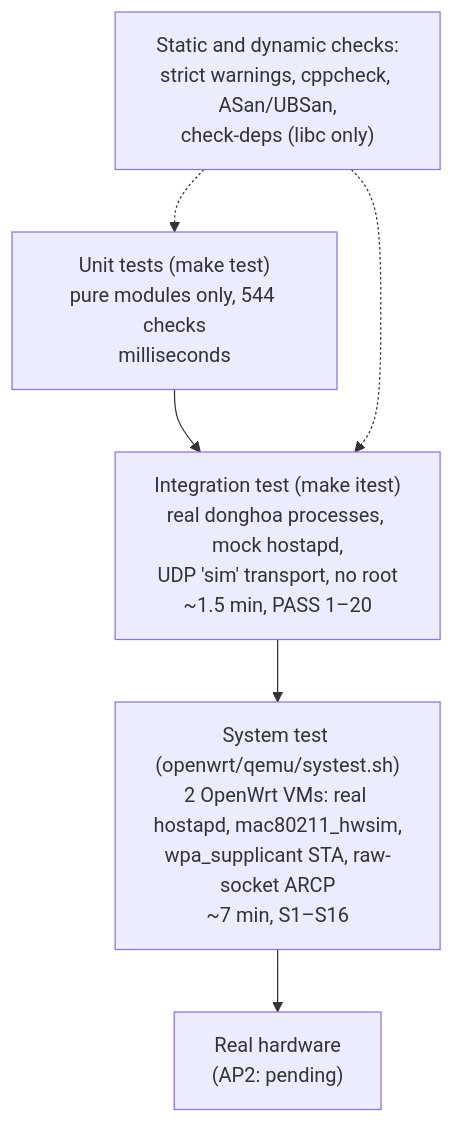
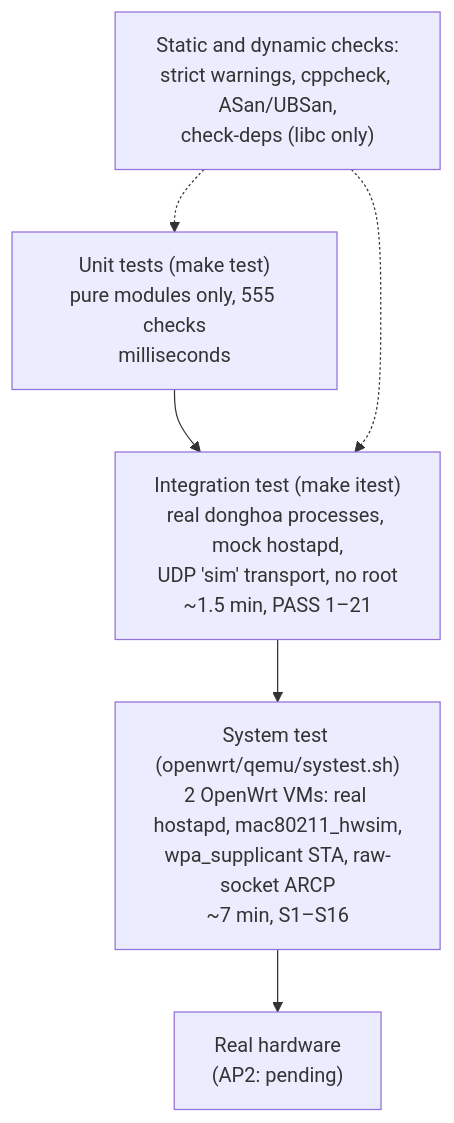
Before and after one commit to ducndc/DongHoa: the diagram in docs/features/14-verification.md, drawn with Mermaid. The commit also changed other lines of this file and 22 other files, not shown here.

````diff
--- a/docs/features/14-verification.md
+++ b/docs/features/14-verification.md
@@ -9,8 +9,8 @@
 ```mermaid
 flowchart TB
-    U["Unit tests (make test)<br/>pure modules only, 544 checks<br/>milliseconds"] --> I["Integration test (make itest)<br/>real donghoa processes, mock hostapd,<br/>UDP 'sim' transport, no root<br/>~1.5 min, PASS 1–20"]
+    U["Unit tests (make test)<br/>pure modules only, 555 checks<br/>milliseconds"] --> I["Integration test (make itest)<br/>real donghoa processes, mock hostapd,<br/>UDP 'sim' transport, no root<br/>~1.5 min, PASS 1–21"]
     I --> Q["System test (openwrt/qemu/systest.sh)<br/>2 OpenWrt VMs: real hostapd, mac80211_hwsim,<br/>wpa_supplicant STA, raw-socket ARCP<br/>~7 min, S1–S16"]
     Q --> H["Real hardware<br/>(AP2: pending)"]
     S["Static and dynamic checks:<br/>strict warnings, cppcheck, ASan/UBSan,<br/>check-deps (libc only)"] -.-> U
     S -.-> I
 ```
````
